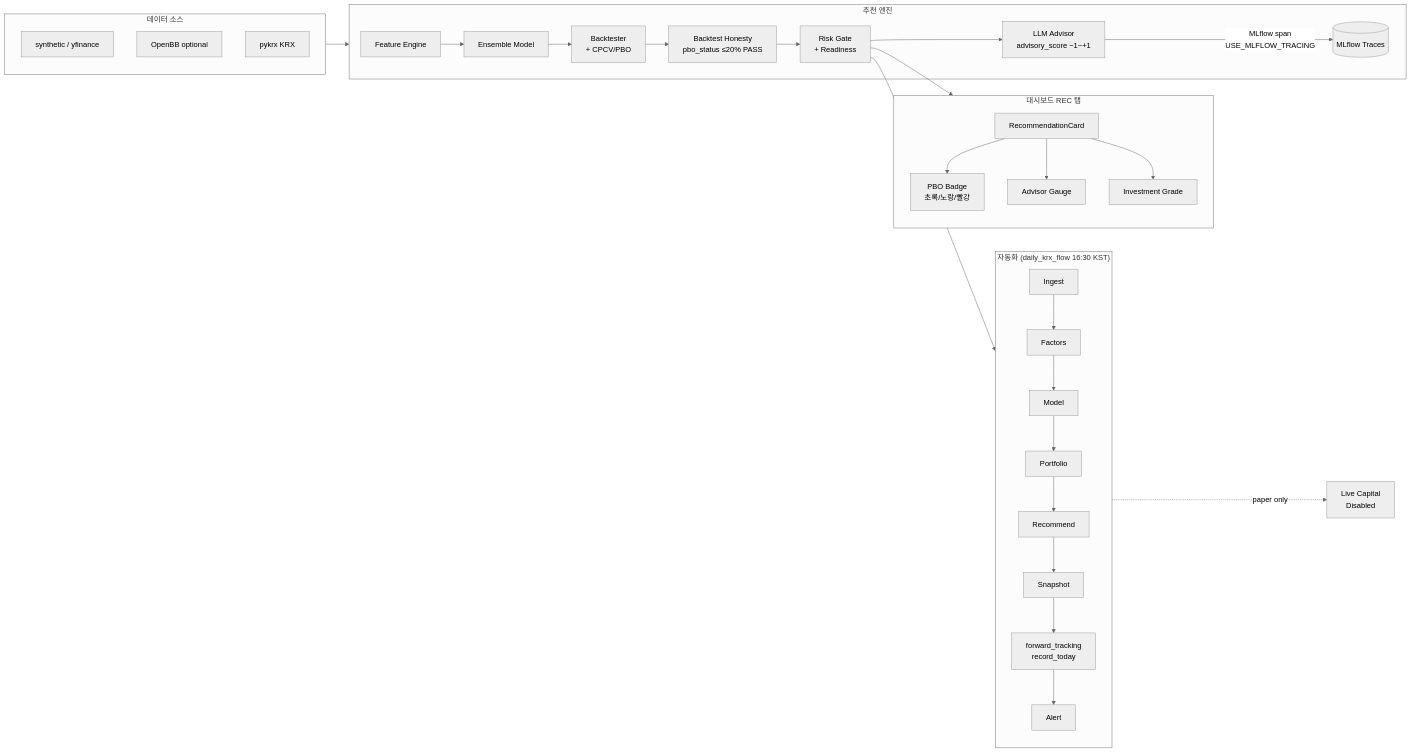
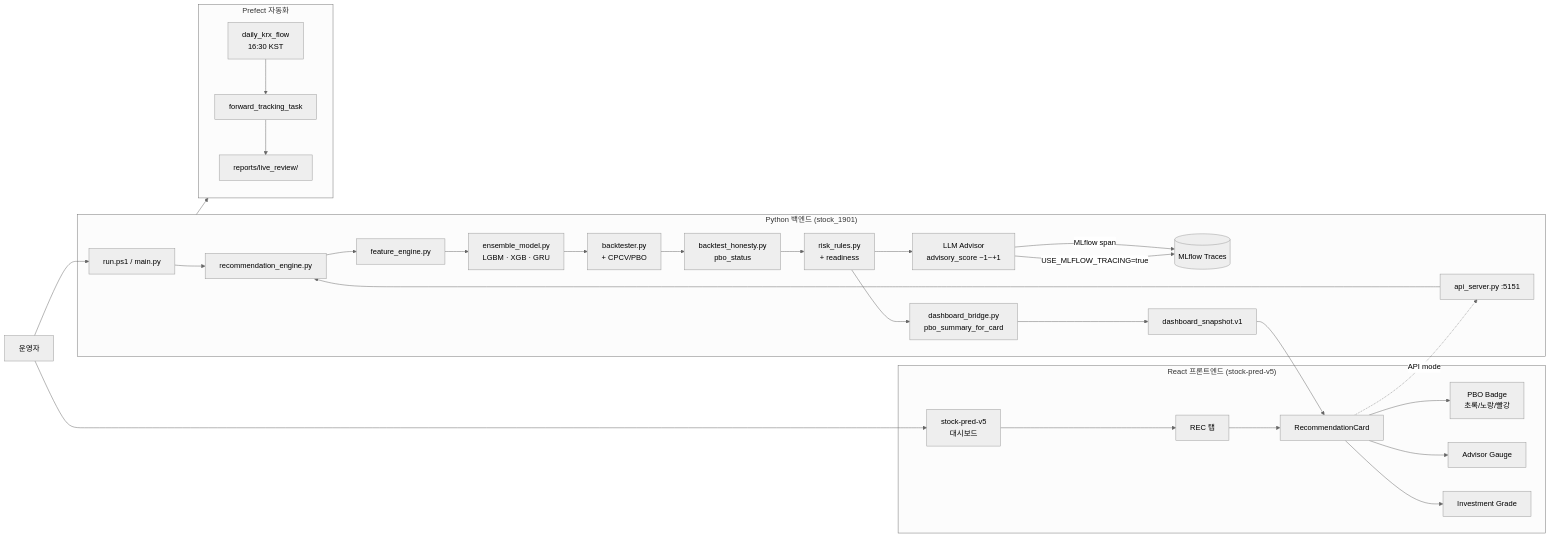
One commit to macho715/stock_hermes changed the first of 8 diagrams in README.md. Above: the diagram before and after it, drawn with Mermaid (neutral theme). The commit also changed other lines of this file, not shown here.

````diff
--- a/README.md
+++ b/README.md
@@ -38,36 +59,37 @@
 ```mermaid
 flowchart LR
-  subgraph Sources["데이터 소스"]
-    S1[synthetic / yfinance]
-    S2[OpenBB optional]
-    S3[pykrx KRX]
-  end
+    User[운영자] --> CLI[run.ps1 / main.py]
+    User --> UI[stock-pred-v5\n대시보드]
 
-  subgraph Engine["추천 엔진"]
-    E1[Feature Engine] --> E2[Ensemble Model]
-    E2 --> E3[Backtester\n+ CPCV/PBO]
-    E3 --> E4[Backtest Honesty\npbo_status ≤20% PASS]
-    E4 --> E5[Risk Gate\n+ Readiness]
-    E5 --> E6[LLM Advisor\nadvisory_score −1~+1]
-    E6 -->|MLflow span\nUSE_MLFLOW_TRACING| E7[(MLflow Traces)]
-  end
+    subgraph Backend["Python 백엔드 (stock_1901)"]
+        CLI --> Engine[recommendation_engine.py]
+        Engine --> Feature[feature_engine.py]
+        Feature --> Model[ensemble_model.py\nLGBM · XGB · GRU]
+        Model --> BT[backtester.py\n+ CPCV/PBO]
+        BT --> Honesty[backtest_honesty.py\npbo_status]
+        Honesty --> Risk[risk_rules.py\n+ readiness]
+        Risk --> Advisor[LLM Advisor\nadvisory_score −1~+1]
+        Advisor -->|MLflow span| MLF[(MLflow Traces)]
+        Risk --> Bridge[dashboard_bridge.py\npbo_summary_for_card]
+        Bridge --> Snap[dashboard_snapshot.v1]
+        API[api_server.py :5151] --> Engine
+    end
 
-  subgraph Dashboard["대시보드 REC 탭"]
-    D1[RecommendationCard]
-    D1 --> D2[PBO Badge\n초록/노랑/빨강]
-    D1 --> D3[Advisor Gauge]
-    D1 --> D4[Investment Grade]
-  end
+    subgraph Frontend["React 프론트엔드 (stock-pred-v5)"]
+        UI --> REC[REC 탭]
+        REC --> Card[RecommendationCard]
+        Card --> PBO[PBO Badge\n초록/노랑/빨강]
+        Card --> Gauge[Advisor Gauge]
+        Card --> Grade[Investment Grade]
+        Snap --> Card
+        Card -. API mode .-> API
+    end
 
-  subgraph Automation["자동화 (daily_krx_flow 16:30 KST)"]
-    A1[Ingest] --> A2[Factors] --> A3[Model]
-    A3 --> A4[Portfolio] --> A5[Recommend]
-    A5 --> A6[Snapshot] --> A7[forward_tracking\nrecord_today]
-    A7 --> A8[Alert]
-  end
+    subgraph Flows["Prefect 자동화"]
+        KRX[daily_krx_flow\n16:30 KST] --> FT[forward_tracking_task]
+        FT --> Ev[reports/live_review/]
+    end
 
-  Sources --> Engine
-  E5 --> Dashboard
-  E5 --> Automation
-  Automation -. paper only .-> Block[Live Capital\nDisabled]
+    Backend --> Flows
+    Advisor -->|USE_MLFLOW_TRACING=true| MLF
 ```
````
